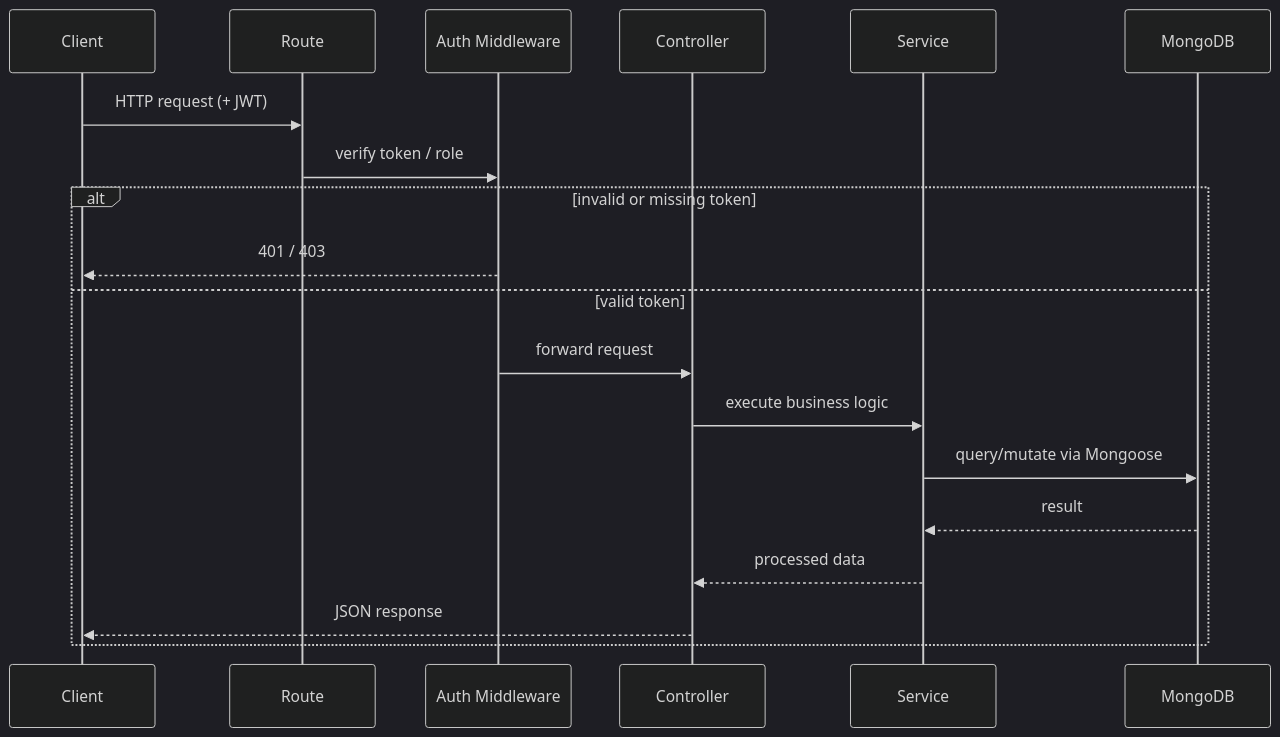
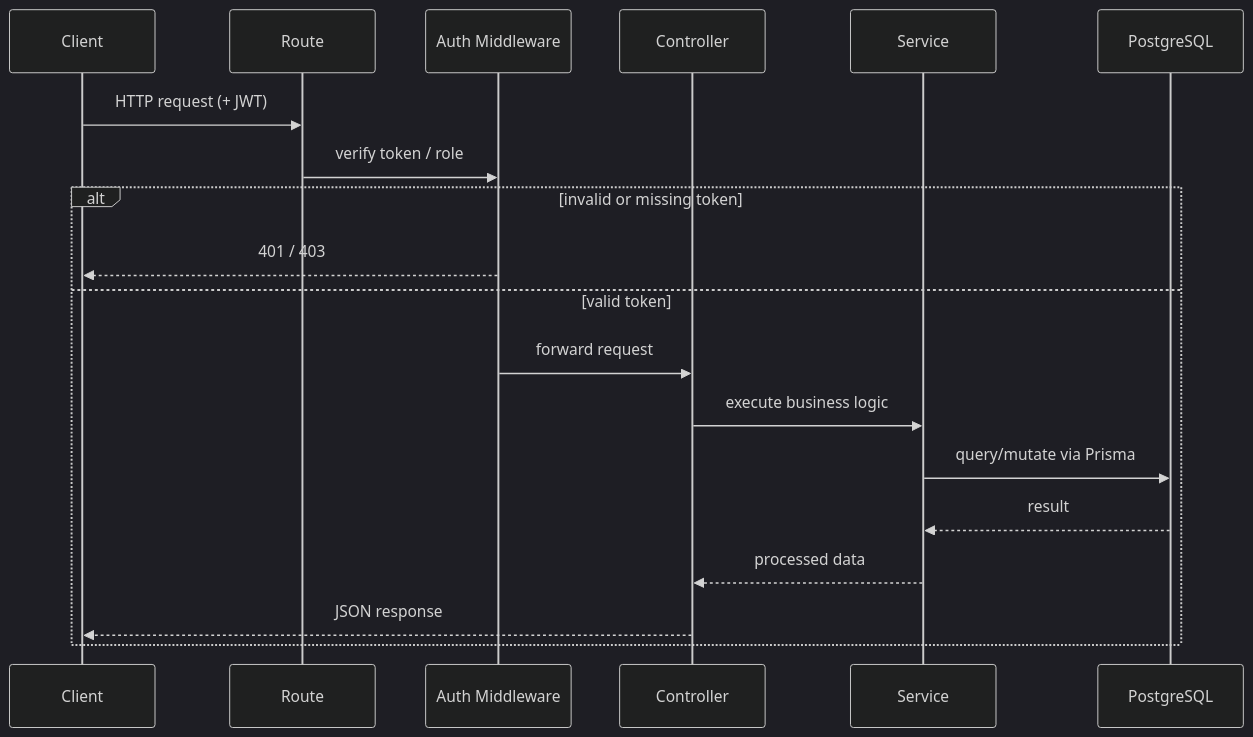
The second of 5 diagrams in backend/README.md (mohammed-dev-stack/ai-workflow-orchestrator), drawn with Mermaid (dark theme) before and after one commit. The commit also changed other lines of this file, not shown here.

````diff
--- a/backend/README.md
+++ b/backend/README.md
@@ -115,22 +115,22 @@
 ```mermaid
 sequenceDiagram
     participant Client
     participant Route
     participant Middleware as Auth Middleware
     participant Controller
     participant Service
-    participant DB as MongoDB
+    participant DB as PostgreSQL
 
     Client->>Route: HTTP request (+ JWT)
     Route->>Middleware: verify token / role
     alt invalid or missing token
         Middleware-->>Client: 401 / 403
     else valid token
         Middleware->>Controller: forward request
         Controller->>Service: execute business logic
-        Service->>DB: query/mutate via Mongoose
+        Service->>DB: query/mutate via Prisma
         DB-->>Service: result
         Service-->>Controller: processed data
         Controller-->>Client: JSON response
     end
 ```
````
